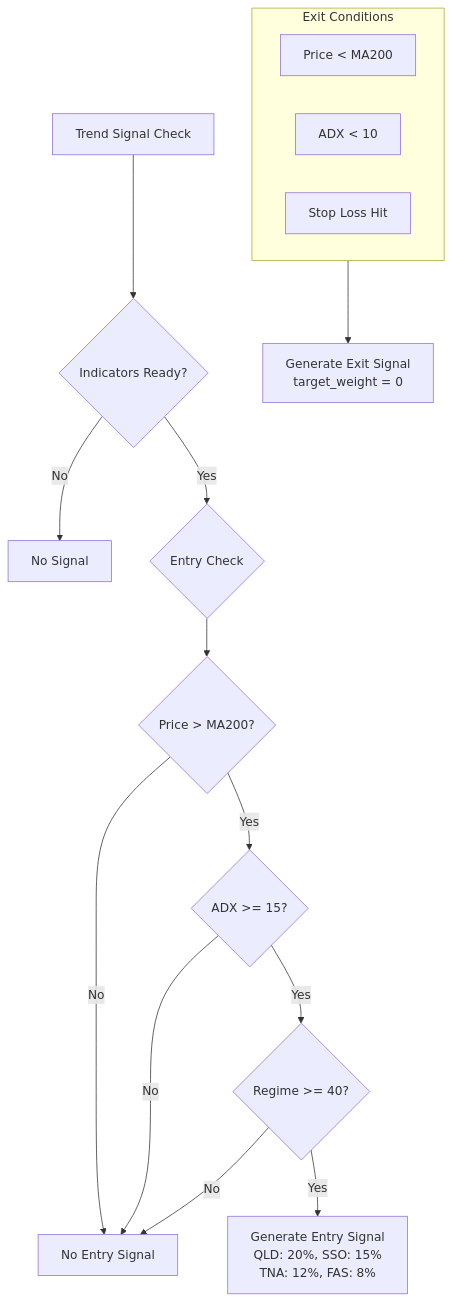
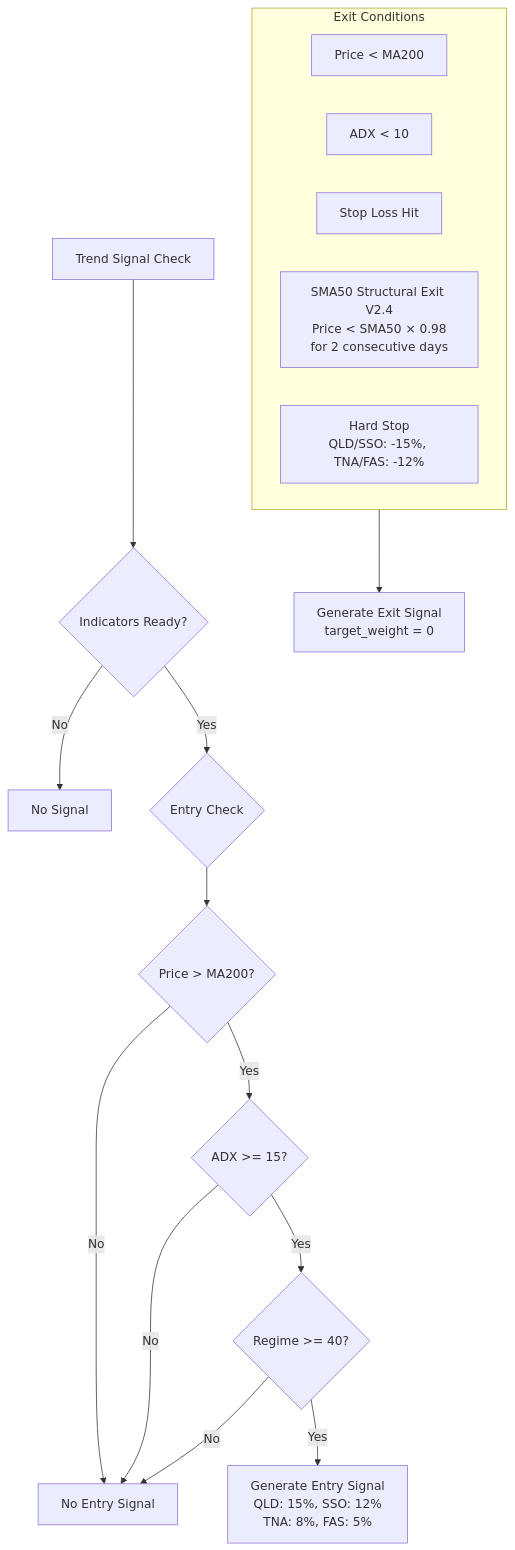
Before and after one commit to vickdavinci/alpha-nextgen-v2-private: the sixth of 12 diagrams in docs/system/ENGINE_LOGIC_REFERENCE.md, drawn with Mermaid. The commit also changed other lines of this file and 8 other files, not shown here.

````diff
--- a/docs/system/ENGINE_LOGIC_REFERENCE.md
+++ b/docs/system/ENGINE_LOGIC_REFERENCE.md
@@ -313,25 +324,27 @@
 ```mermaid
 flowchart TD
     START[Trend Signal Check] --> IND{Indicators Ready?}
 
     IND -->|No| NONE[No Signal]
     IND -->|Yes| ENTRY{Entry Check}
 
     ENTRY --> MA{Price > MA200?}
     MA -->|No| NO_ENTRY[No Entry Signal]
     MA -->|Yes| ADX{ADX >= 15?}
 
     ADX -->|No| NO_ENTRY
     ADX -->|Yes| REGIME{Regime >= 40?}
 
     REGIME -->|No| NO_ENTRY
-    REGIME -->|Yes| ALLOC[Generate Entry Signal<br/>QLD: 20%, SSO: 15%<br/>TNA: 12%, FAS: 8%]
+    REGIME -->|Yes| ALLOC[Generate Entry Signal<br/>QLD: 15%, SSO: 12%<br/>TNA: 8%, FAS: 5%]
 
     subgraph EXIT[Exit Conditions]
         EX1[Price < MA200]
         EX2[ADX < 10]
         EX3[Stop Loss Hit]
+        EX4[SMA50 Structural Exit V2.4<br/>Price < SMA50 × 0.98<br/>for 2 consecutive days]
+        EX5[Hard Stop<br/>QLD/SSO: -15%, TNA/FAS: -12%]
     end
 
     EXIT --> EXIT_SIG[Generate Exit Signal<br/>target_weight = 0]
 ```
````
